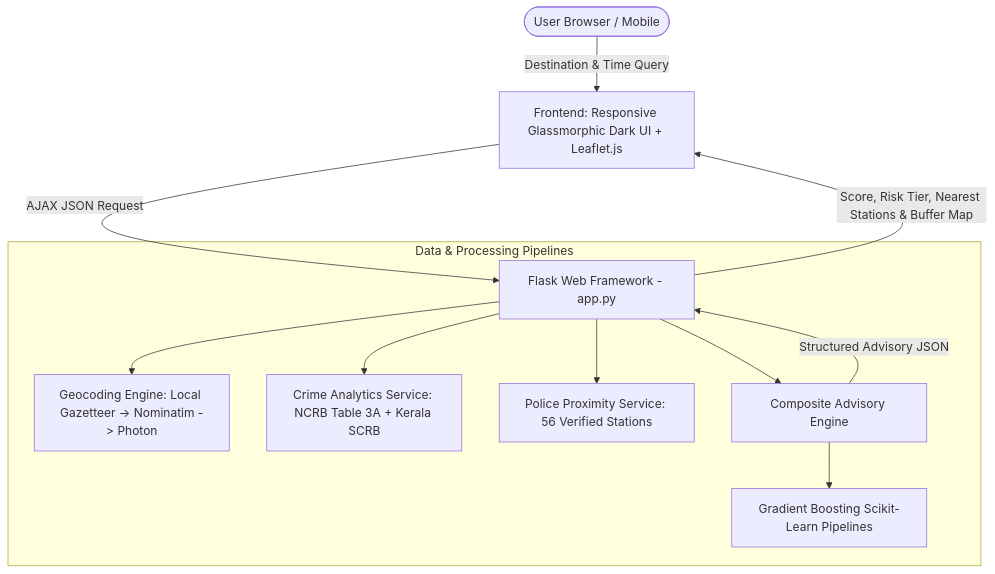
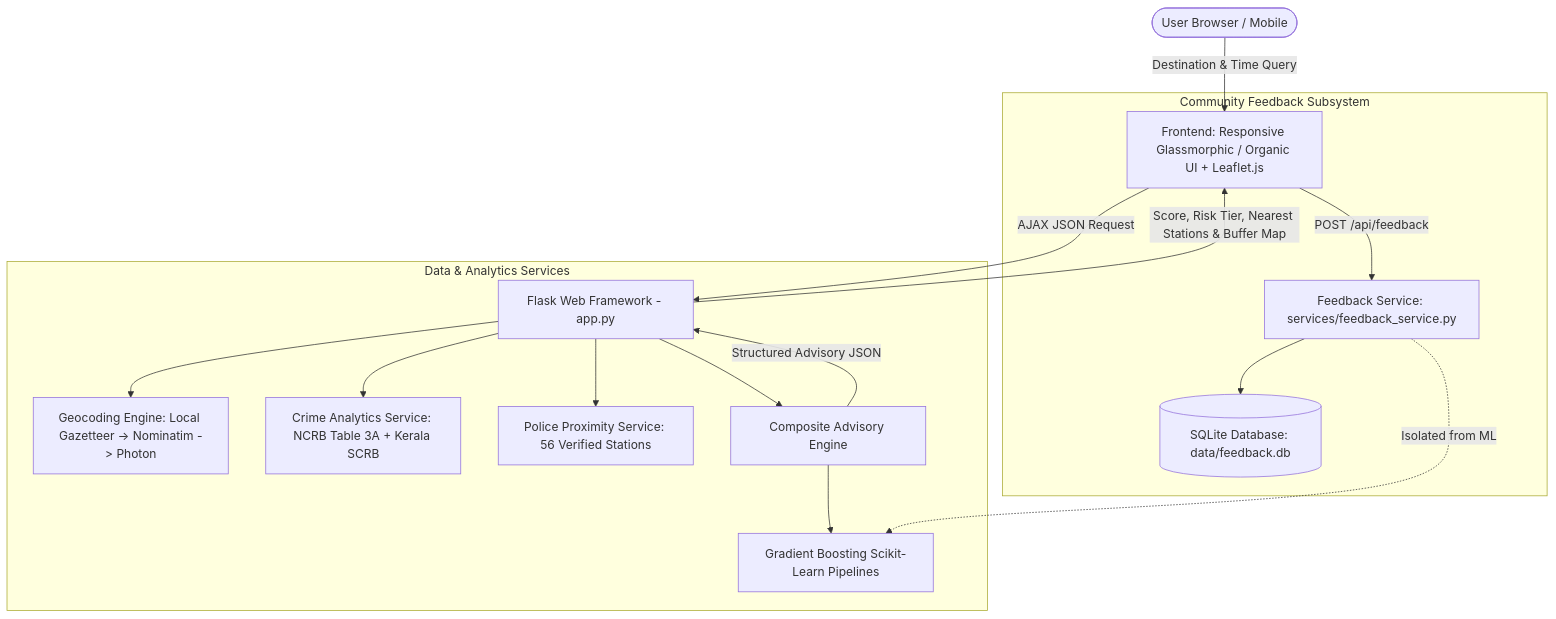
The diagram in PROJECT_REFERENCE_REPORT.md (AlinaAnnaEappen/MINIPROJECT), drawn with Mermaid before and after one commit. The commit also changed other lines of this file and 3 other files, not shown here.

````diff
--- a/PROJECT_REFERENCE_REPORT.md
+++ b/PROJECT_REFERENCE_REPORT.md
@@ -46,16 +52,22 @@
 ```mermaid
 graph TD
-    User([User Browser / Mobile]) -->|Destination & Time Query| WebUI[Frontend: Responsive Glassmorphic Dark UI + Leaflet.js]
+    User([User Browser / Mobile]) -->|Destination & Time Query| WebUI[Frontend: Responsive Glassmorphic / Organic UI + Leaflet.js]
     WebUI -->|AJAX JSON Request| API[Flask Web Framework - app.py]
     
-    subgraph Data & Processing Pipelines
+    subgraph Data & Analytics Services
         API --> Geocoder[Geocoding Engine: Local Gazetteer -> Nominatim -> Photon]
         API --> CrimeService[Crime Analytics Service: NCRB Table 3A + Kerala SCRB]
         API --> GISService[Police Proximity Service: 56 Verified Stations]
         API --> AdvisoryEngine[Composite Advisory Engine]
         AdvisoryEngine --> MLModel[Gradient Boosting Scikit-Learn Pipelines]
     end
     
+    subgraph Community Feedback Subsystem
+        WebUI -->|POST /api/feedback| FeedbackService[Feedback Service: services/feedback_service.py]
+        FeedbackService --> SQLite[(SQLite Database: data/feedback.db)]
+        FeedbackService -.->|Isolated from ML| MLModel
+    end
+    
     AdvisoryEngine -->|Structured Advisory JSON| API
     API -->|Score, Risk Tier, Nearest Stations & Buffer Map| WebUI
 ```
````
